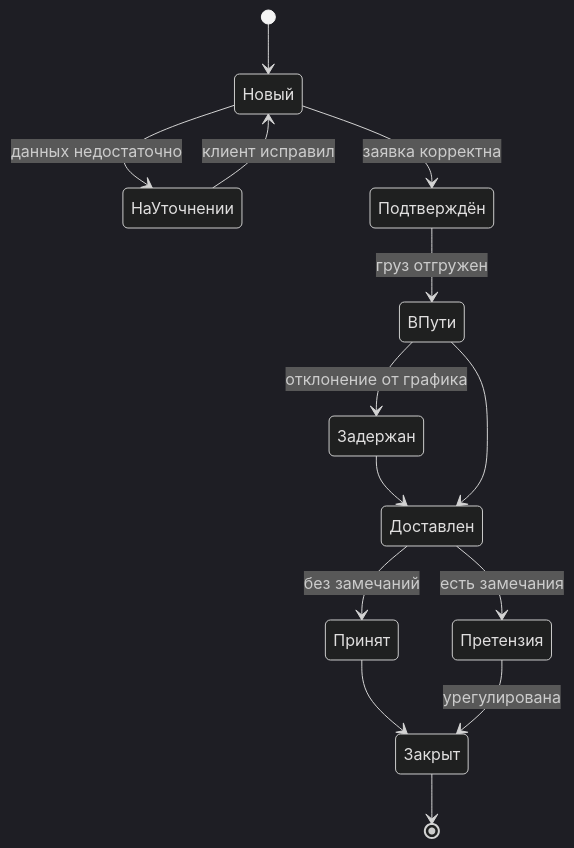
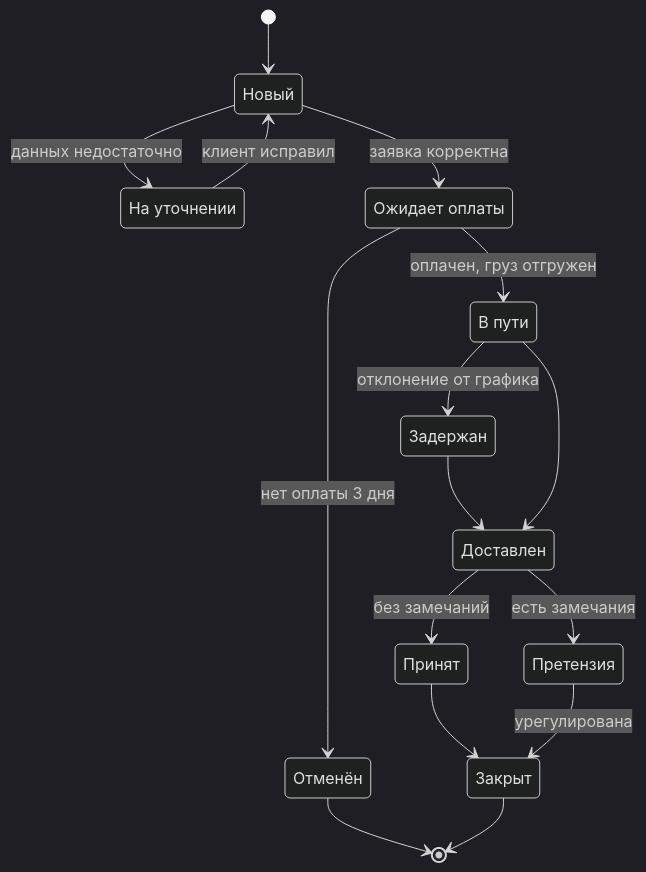
The second of 3 diagrams in docs/notations/uml.md (starpxand/bpm-notations-wiki), drawn with Mermaid (dark theme) before and after one commit. The commit also changed other lines of this file and 25 other files, not shown here.

First line of the commit message:
feat: динамичная мини-wiki, диаграммы строго по нотациям, источники по ГОСТ Р 7.0.100

````diff
--- a/docs/notations/uml.md
+++ b/docs/notations/uml.md
@@ -73,16 +87,28 @@
     ```mermaid
     stateDiagram-v2
-        [*] --> Новый
-        Новый --> НаУточнении: данных недостаточно
-        НаУточнении --> Новый: клиент исправил
-        Новый --> Подтверждён: заявка корректна
-        Подтверждён --> ВПути: груз отгружен
-        ВПути --> Задержан: отклонение от графика
-        Задержан --> Доставлен
-        ВПути --> Доставлен
-        Доставлен --> Принят: без замечаний
-        Доставлен --> Претензия: есть замечания
-        Принят --> Закрыт
-        Претензия --> Закрыт: урегулирована
-        Закрыт --> [*]
+        state "Новый" as New
+        state "На уточнении" as Clarify
+        state "Ожидает оплаты" as Confirmed
+        state "Отменён" as Cancelled
+        state "В пути" as Transit
+        state "Задержан" as Delayed
+        state "Доставлен" as Delivered
+        state "Принят" as Accepted
+        state "Претензия" as Claim
+        state "Закрыт" as Closed
+        [*] --> New
+        New --> Clarify: данных недостаточно
+        Clarify --> New: клиент исправил
+        New --> Confirmed: заявка корректна
+        Confirmed --> Cancelled: нет оплаты 3 дня
+        Confirmed --> Transit: оплачен, груз отгружен
+        Transit --> Delayed: отклонение от графика
+        Delayed --> Delivered
+        Transit --> Delivered
+        Delivered --> Accepted: без замечаний
+        Delivered --> Claim: есть замечания
+        Accepted --> Closed
+        Claim --> Closed: урегулирована
+        Cancelled --> [*]
+        Closed --> [*]
     ```
````
